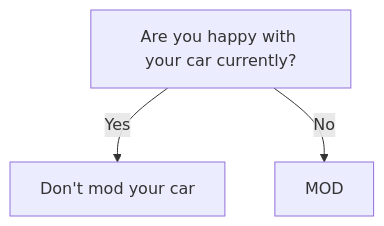
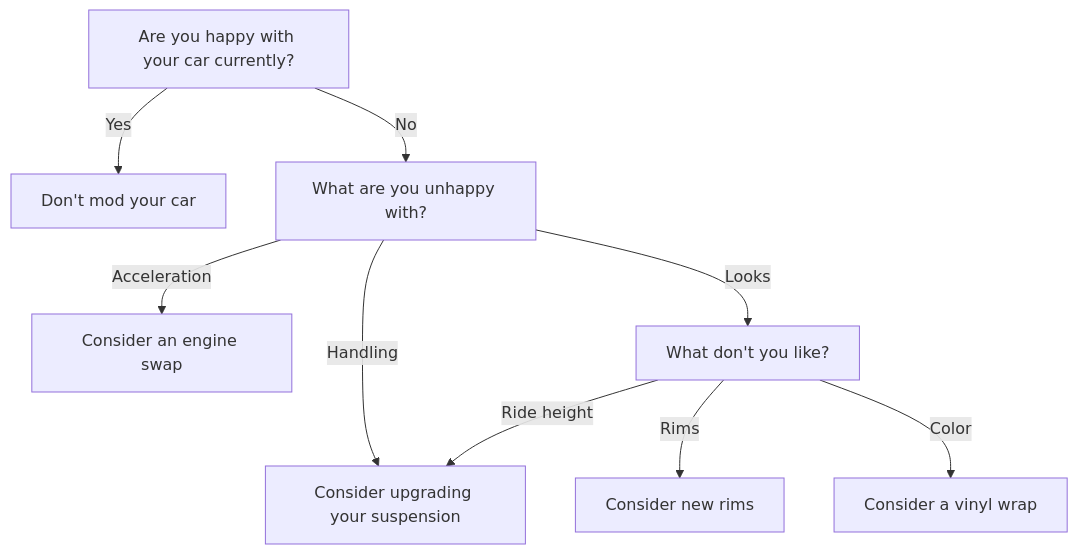
The seventh of 7 diagrams in README.md (jessemillar/to-car-or-not-to-car), drawn with Mermaid before and after one commit. The commit also changed other lines of this file, not shown here.

Commit message:
Typo fix and better modding graph

````diff
--- a/README.md
+++ b/README.md
@@ -117,6 +117,12 @@
 ```mermaid
 flowchart TB
 modHappy[Are you happy with your car currently?]
     modHappy-->|Yes| noMods[Don't mod your car]
-    modHappy-->|No| MOD
+    modHappy-->|No| whichMod[What are you unhappy with?]
+        whichMod-->|Acceleration| newEngine[Consider an engine swap]
+        whichMod-->|Handling| suspension[Consider upgrading your suspension]
+        whichMod-->|Looks| whichLooks[What don't you like?]
+            whichLooks-->|Rims| newRims[Consider new rims]
+            whichLooks-->|Ride height| suspension
+            whichLooks-->|Color| newColor[Consider a vinyl wrap]
 ```
````
